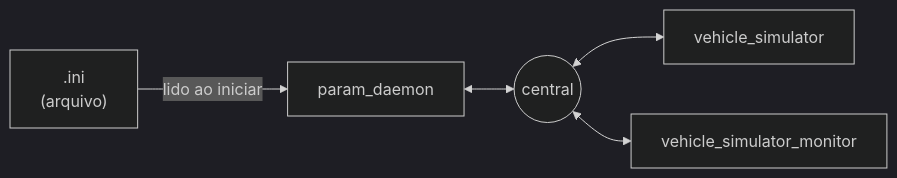
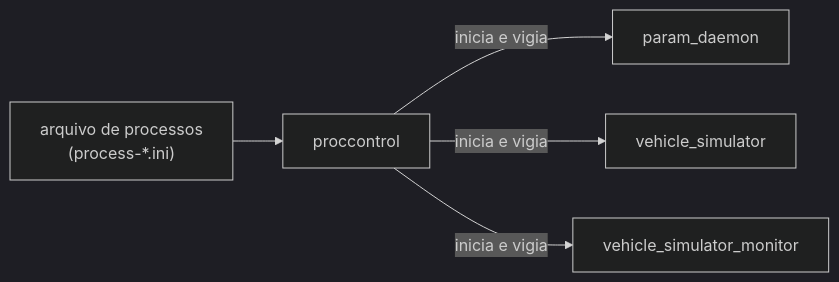
One commit to BrenoCSilva/lume changed the diagram in README.md. Above: the diagram before and after it, drawn with Mermaid (dark theme). The commit also changed other lines of this file, not shown here.

````diff
--- a/README.md
+++ b/README.md
@@ -15,7 +17,7 @@
 ```mermaid
 flowchart LR
-    F[".ini<br/>(arquivo)"] -- "lido ao iniciar" --> PD["param_daemon"]
-    PD <--> C(("central"))
-    C <--> M1["vehicle_simulator"]
-    C <--> M2["vehicle_simulator_monitor"]
+    F["arquivo de processos<br/>(process-*.ini)"] --> PC["proccontrol"]
+    PC -- "inicia e vigia" --> PD["param_daemon"]
+    PC -- "inicia e vigia" --> S["vehicle_simulator"]
+    PC -- "inicia e vigia" --> M["vehicle_simulator_monitor"]
 ```
````
